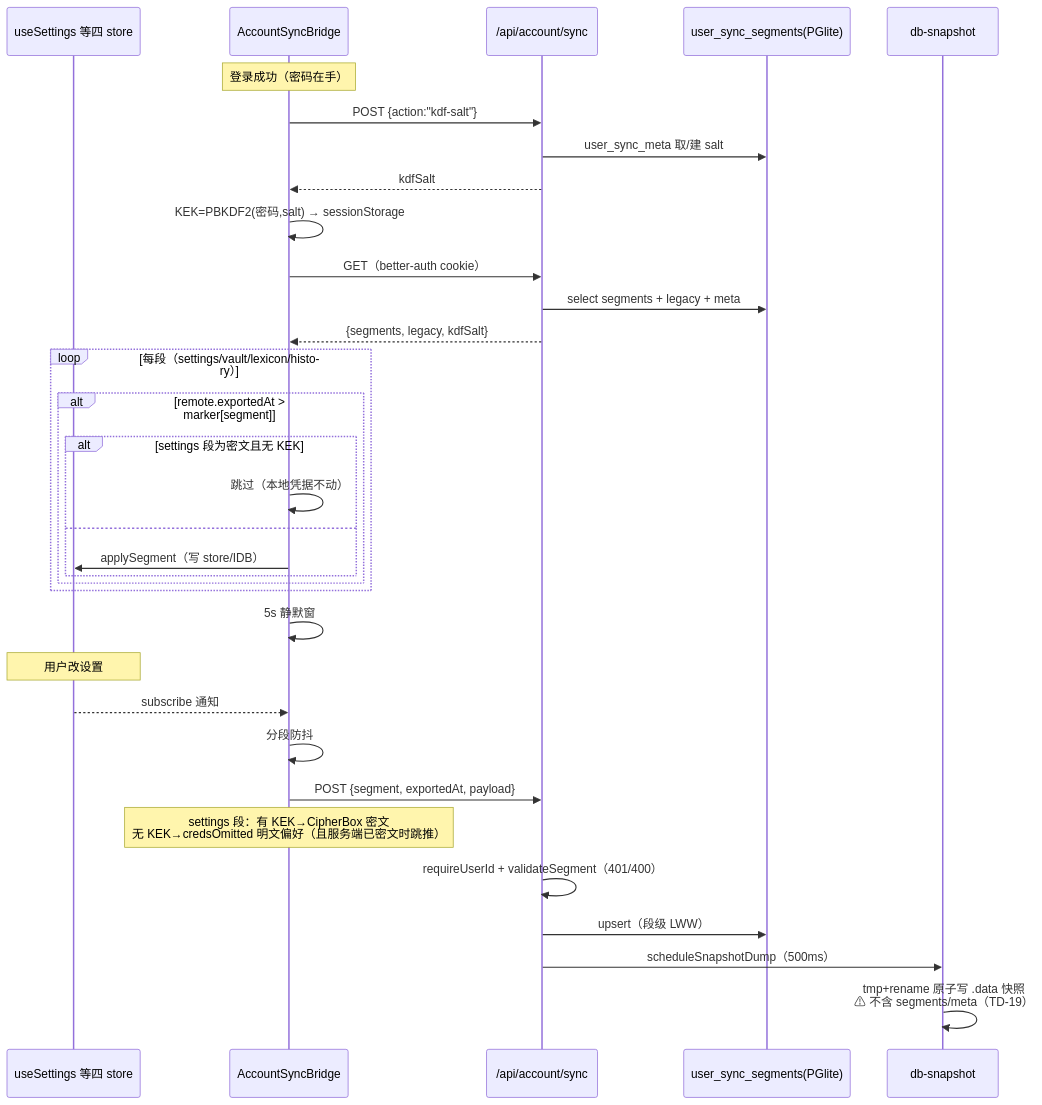
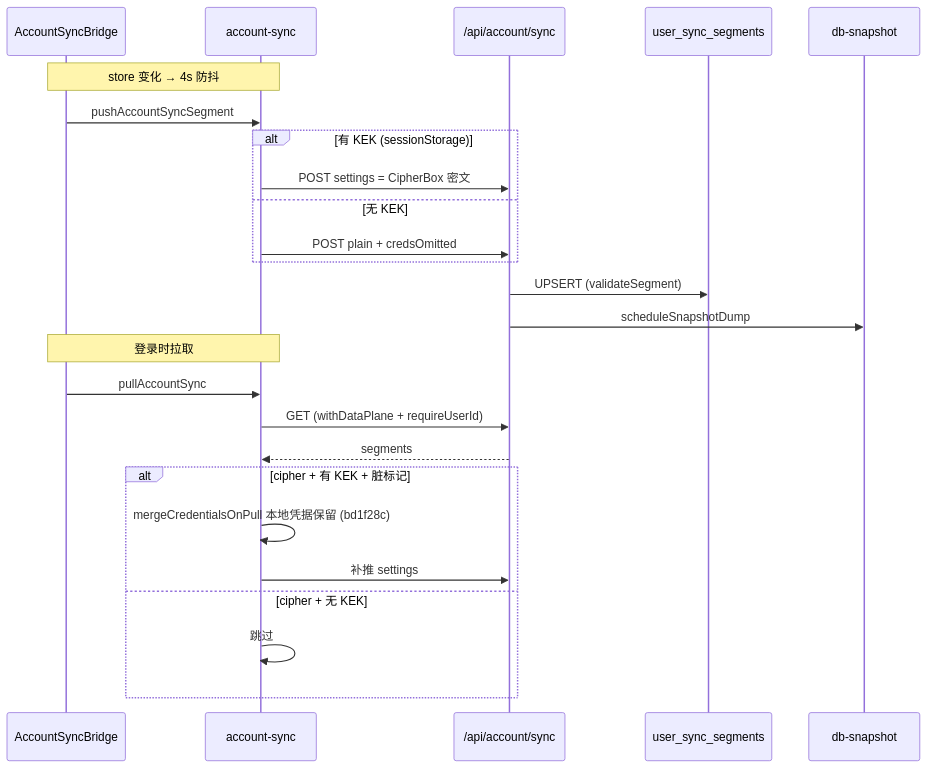
One commit to Atsukiizumi/Kami-paperbox changed the fifth of 5 diagrams in docs/diagrams/时序图.md. Above: the diagram before and after it, drawn with Mermaid. The commit also changed other lines of this file and 25 other files, not shown here.

First line of the commit message:
docs 全量重推导：基线 75e7de0 重写 00~16 + 9 图

````diff
--- a/docs/diagrams/时序图.md
+++ b/docs/diagrams/时序图.md
@@ -116,36 +120,27 @@
 ```mermaid
 sequenceDiagram
-    participant U as useSettings 等四 store
-    participant BR as AccountSyncBridge
-    participant SY as /api/account/sync
-    participant DB as user_sync_segments(PGlite)
-    participant SN as db-snapshot
-
-    Note over BR: 登录成功（密码在手）
-    BR->>SY: POST {action:"kdf-salt"}
-    SY->>DB: user_sync_meta 取/建 salt
-    SY-->>BR: kdfSalt
-    BR->>BR: KEK=PBKDF2(密码,salt) → sessionStorage
-    BR->>SY: GET（better-auth cookie）
-    SY->>DB: select segments + legacy + meta
-    SY-->>BR: {segments, legacy, kdfSalt}
-    loop 每段（settings/vault/lexicon/history）
-        alt remote.exportedAt > marker[segment]
-            alt settings 段为密文且无 KEK
-                BR->>BR: 跳过（本地凭据不动）
-            else
-                BR->>U: applySegment（写 store/IDB）
-            end
-        end
-    end
-    BR->>BR: 5s 静默窗
-    Note over U: 用户改设置
-    U-->>BR: subscribe 通知
-    BR->>BR: 分段防抖
-    BR->>SY: POST {segment, exportedAt, payload}
-    Note over BR: settings 段：有 KEK→CipherBox 密文<br/>无 KEK→credsOmitted 明文偏好（且服务端已密文时跳推）
-    SY->>SY: requireUserId + validateSegment（401/400）
-    SY->>DB: upsert（段级 LWW）
-    SY->>SN: scheduleSnapshotDump（500ms）
-    SN->>SN: tmp+rename 原子写 .data 快照<br/>⚠ 不含 segments/meta（TD-19）
+  participant B as AccountSyncBridge
+  participant AS as account-sync
+  participant API as /api/account/sync
+  participant DB as user_sync_segments
+  participant SNAP as db-snapshot
+  Note over B,AS: store 变化 → 4s 防抖
+  B->>AS: pushAccountSyncSegment
+  alt 有 KEK (sessionStorage)
+    AS->>API: POST settings = CipherBox 密文
+  else 无 KEK
+    AS->>API: POST plain + credsOmitted
+  end
+  API->>DB: UPSERT (validateSegment)
+  API->>SNAP: scheduleSnapshotDump
+  Note over B,AS: 登录时拉取
+  B->>AS: pullAccountSync
+  AS->>API: GET (withDataPlane + requireUserId)
+  API-->>AS: segments
+  alt cipher + 有 KEK + 脏标记
+    AS->>AS: mergeCredentialsOnPull 本地凭据保留 (bd1f28c)
+    AS->>API: 补推 settings
+  else cipher + 无 KEK
+    AS->>AS: 跳过
+  end
 ```
````
